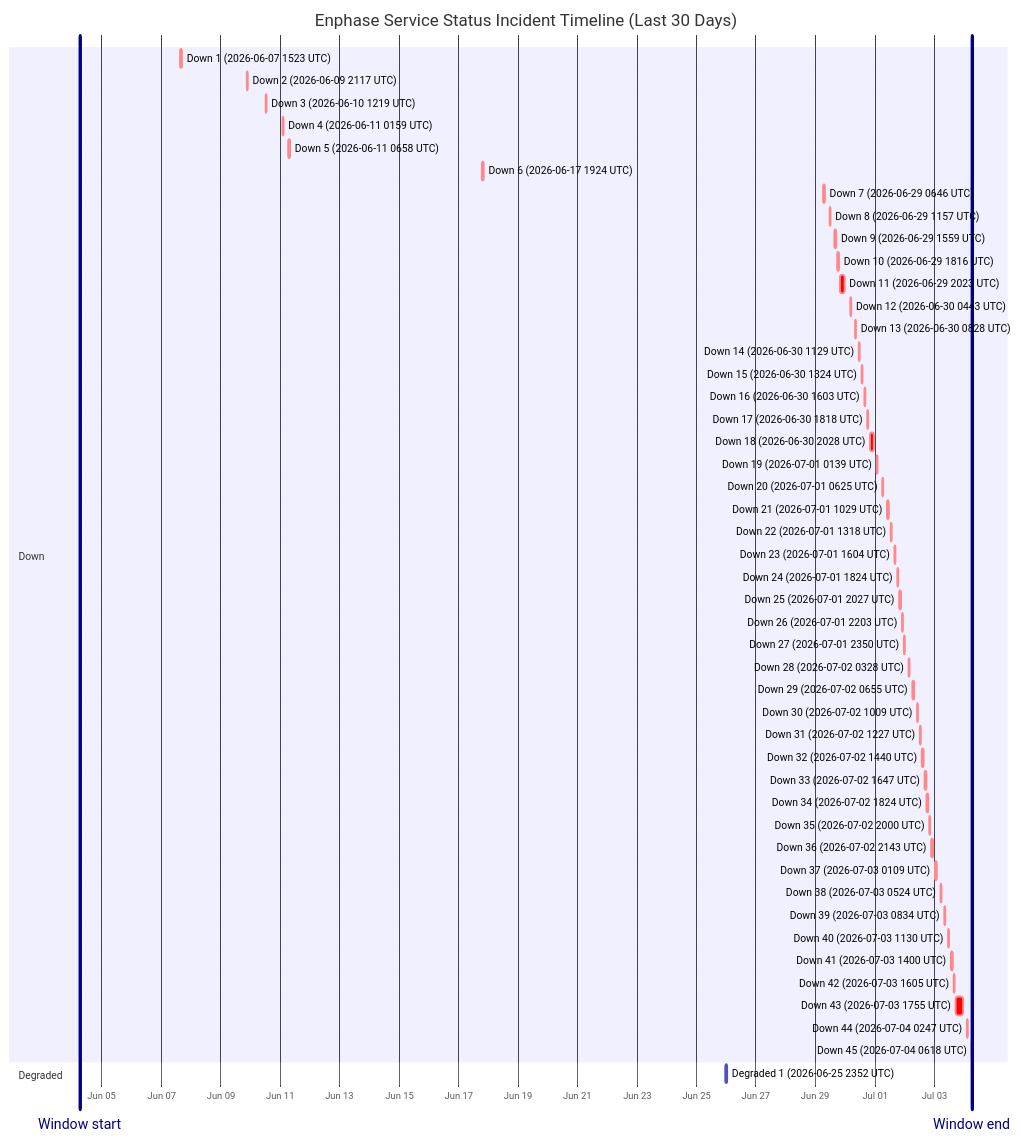
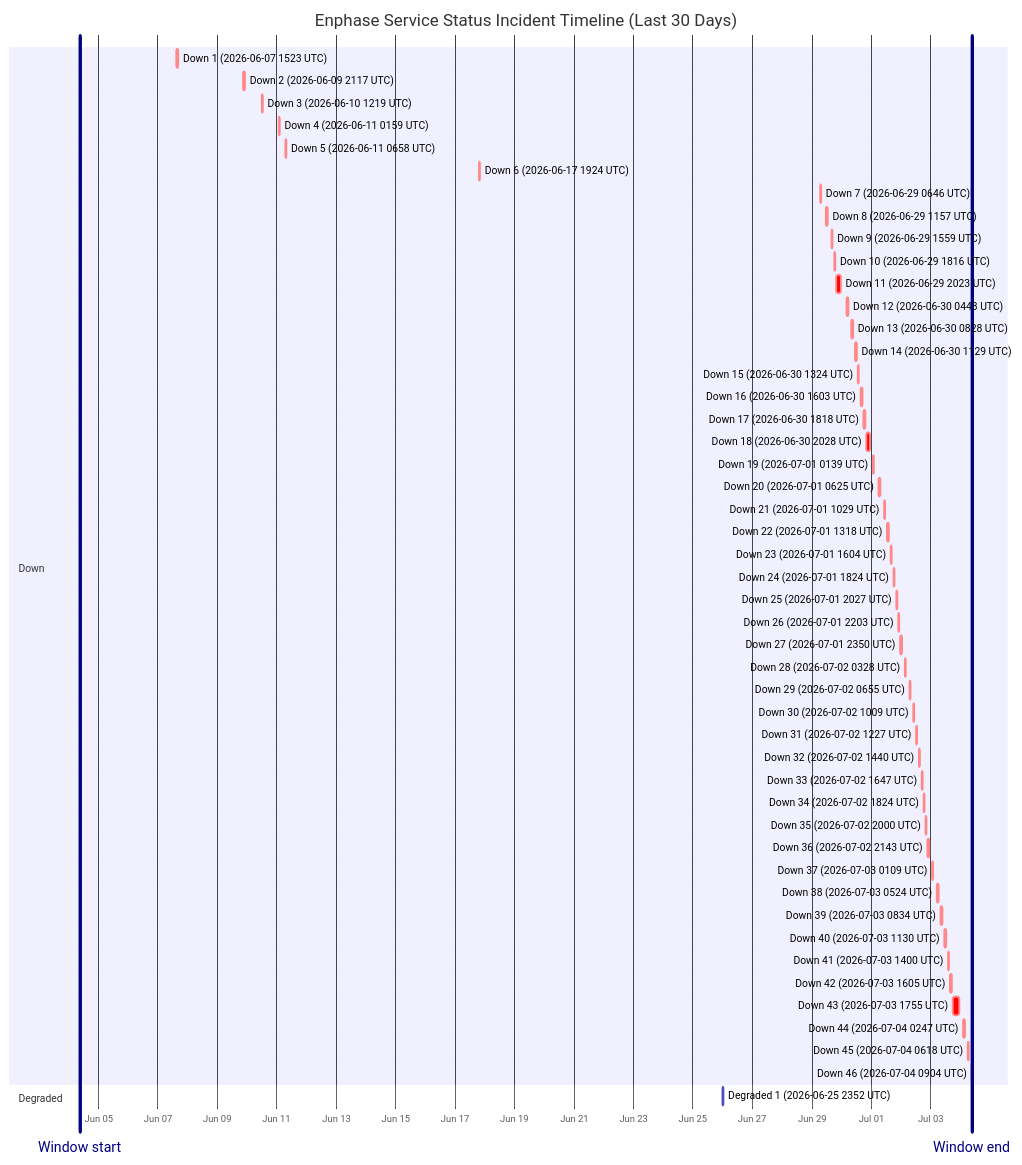
The diagram in wiki/Service-Status-History.md (barneyonline/ha-enphase-energy), drawn with Mermaid before and after one commit. The commit also changed other lines of this file and 3 other files, not shown here.

````diff
--- a/wiki/Service-Status-History.md
+++ b/wiki/Service-Status-History.md
@@ -14,56 +14,57 @@
 ```mermaid
 gantt
     title Enphase Service Status Incident Timeline (Last 30 Days)
     dateFormat  YYYY-MM-DDTHH:mm:ss
     axisFormat  %b %d
-    Window start :vert, window-start, 2026-06-04T06:18:09, 0ms
-    Window end :vert, window-end, 2026-07-04T06:18:09, 0ms
+    Window start :vert, window-start, 2026-06-04T09:04:41, 0ms
+    Window end :vert, window-end, 2026-07-04T09:04:41, 0ms
     section Down
     Down 1 (2026-06-07 1523 UTC) :crit, down-1, 2026-06-07T15:23:22, 87m
     Down 2 (2026-06-09 2117 UTC) :crit, down-2, 2026-06-09T21:17:17, 60m
     Down 3 (2026-06-10 1219 UTC) :crit, down-3, 2026-06-10T12:19:21, 60m
     Down 4 (2026-06-11 0159 UTC) :crit, down-4, 2026-06-11T01:59:36, 60m
     Down 5 (2026-06-11 0658 UTC) :crit, down-5, 2026-06-11T06:58:45, 60m
     Down 6 (2026-06-17 1924 UTC) :crit, down-6, 2026-06-17T19:24:51, 60m
     Down 7 (2026-06-29 0646 UTC) :crit, down-7, 2026-06-29T06:46:18, 60m
     Down 8 (2026-06-29 1157 UTC) :crit, down-8, 2026-06-29T11:57:36, 60m
     Down 9 (2026-06-29 1559 UTC) :crit, down-9, 2026-06-29T15:59:02, 60m
     Down 10 (2026-06-29 1816 UTC) :crit, down-10, 2026-06-29T18:16:38, 60m
     Down 11 (2026-06-29 2023 UTC) :crit, down-11, 2026-06-29T20:23:16, 220m
     Down 12 (2026-06-30 0443 UTC) :crit, down-12, 2026-06-30T04:43:54, 60m
     Down 13 (2026-06-30 0828 UTC) :crit, down-13, 2026-06-30T08:28:43, 60m
     Down 14 (2026-06-30 1129 UTC) :crit, down-14, 2026-06-30T11:29:15, 60m
     Down 15 (2026-06-30 1324 UTC) :crit, down-15, 2026-06-30T13:24:25, 60m
     Down 16 (2026-06-30 1603 UTC) :crit, down-16, 2026-06-30T16:03:26, 60m
     Down 17 (2026-06-30 1818 UTC) :crit, down-17, 2026-06-30T18:18:39, 60m
     Down 18 (2026-06-30 2028 UTC) :crit, down-18, 2026-06-30T20:28:54, 171m
     Down 19 (2026-07-01 0139 UTC) :crit, down-19, 2026-07-01T01:39:18, 60m
     Down 20 (2026-07-01 0625 UTC) :crit, down-20, 2026-07-01T06:25:35, 60m
     Down 21 (2026-07-01 1029 UTC) :crit, down-21, 2026-07-01T10:29:24, 60m
     Down 22 (2026-07-01 1318 UTC) :crit, down-22, 2026-07-01T13:18:31, 60m
     Down 23 (2026-07-01 1604 UTC) :crit, down-23, 2026-07-01T16:04:29, 60m
     Down 24 (2026-07-01 1824 UTC) :crit, down-24, 2026-07-01T18:24:21, 60m
     Down 25 (2026-07-01 2027 UTC) :crit, down-25, 2026-07-01T20:27:17, 60m
     Down 26 (2026-07-01 2203 UTC) :crit, down-26, 2026-07-01T22:03:46, 60m
     Down 27 (2026-07-01 2350 UTC) :crit, down-27, 2026-07-01T23:50:52, 60m
     Down 28 (2026-07-02 0328 UTC) :crit, down-28, 2026-07-02T03:28:33, 60m
     Down 29 (2026-07-02 0655 UTC) :crit, down-29, 2026-07-02T06:55:07, 60m
     Down 30 (2026-07-02 1009 UTC) :crit, down-30, 2026-07-02T10:09:15, 60m
     Down 31 (2026-07-02 1227 UTC) :crit, down-31, 2026-07-02T12:27:49, 60m
     Down 32 (2026-07-02 1440 UTC) :crit, down-32, 2026-07-02T14:40:53, 60m
     Down 33 (2026-07-02 1647 UTC) :crit, down-33, 2026-07-02T16:47:47, 60m
     Down 34 (2026-07-02 1824 UTC) :crit, down-34, 2026-07-02T18:24:26, 60m
     Down 35 (2026-07-02 2000 UTC) :crit, down-35, 2026-07-02T20:00:57, 60m
     Down 36 (2026-07-02 2143 UTC) :crit, down-36, 2026-07-02T21:43:52, 80m
     Down 37 (2026-07-03 0109 UTC) :crit, down-37, 2026-07-03T01:09:19, 60m
     Down 38 (2026-07-03 0524 UTC) :crit, down-38, 2026-07-03T05:24:23, 60m
     Down 39 (2026-07-03 0834 UTC) :crit, down-39, 2026-07-03T08:34:05, 60m
     Down 40 (2026-07-03 1130 UTC) :crit, down-40, 2026-07-03T11:30:41, 60m
     Down 41 (2026-07-03 1400 UTC) :crit, down-41, 2026-07-03T14:00:48, 60m
     Down 42 (2026-07-03 1605 UTC) :crit, down-42, 2026-07-03T16:05:49, 60m
     Down 43 (2026-07-03 1755 UTC) :crit, down-43, 2026-07-03T17:55:54, 338m
     Down 44 (2026-07-04 0247 UTC) :crit, down-44, 2026-07-04T02:47:22, 60m
     Down 45 (2026-07-04 0618 UTC) :crit, down-45, 2026-07-04T06:18:09, 60m
+    Down 46 (2026-07-04 0904 UTC) :crit, down-46, 2026-07-04T09:04:41, 60m
     section Degraded
     Degraded 1 (2026-06-25 2352 UTC) :active, degraded-1, 2026-06-25T23:52:01, 60m
 ```
````
